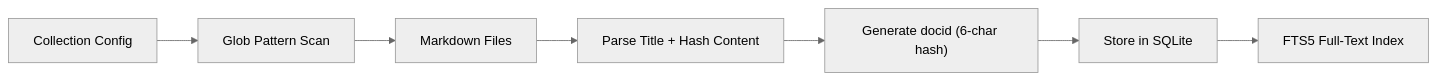
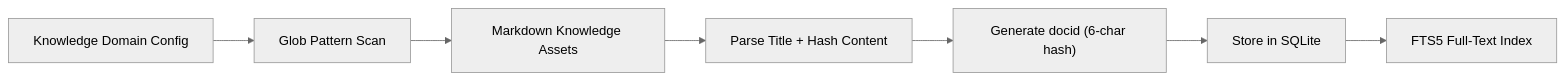
Before and after one commit to ambicuity/KINDX: the fourth of 5 diagrams in README.md, drawn with Mermaid (neutral theme). The commit also changed other lines of this file and 2 other files, not shown here.

````diff
--- a/README.md
+++ b/README.md
@@ -516,9 +576,9 @@
 ```mermaid
 flowchart LR
-    COL["Collection Config"] --> GLOB["Glob Pattern Scan"]
-    GLOB --> MD["Markdown Files"]
+    COL["Knowledge Domain Config"] --> GLOB["Glob Pattern Scan"]
+    GLOB --> MD["Markdown Knowledge Assets"]
     MD --> PARSE["Parse Title + Hash Content"]
     PARSE --> DOCID["Generate docid (6-char hash)"]
     DOCID --> SQL["Store in SQLite"]
     SQL --> FTS["FTS5 Full-Text Index"]
 ```
````
